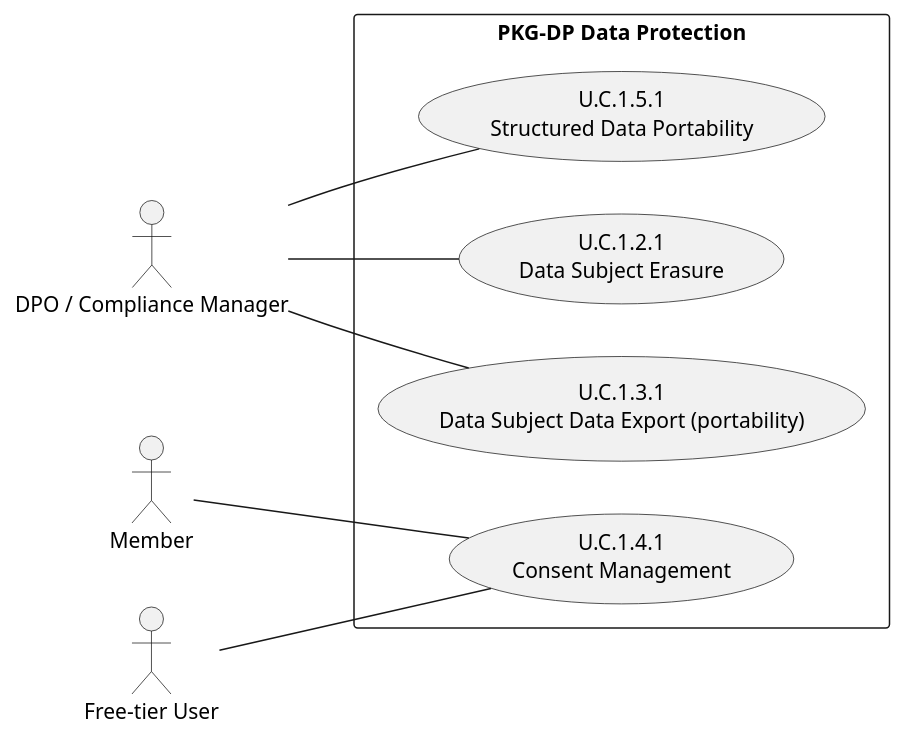
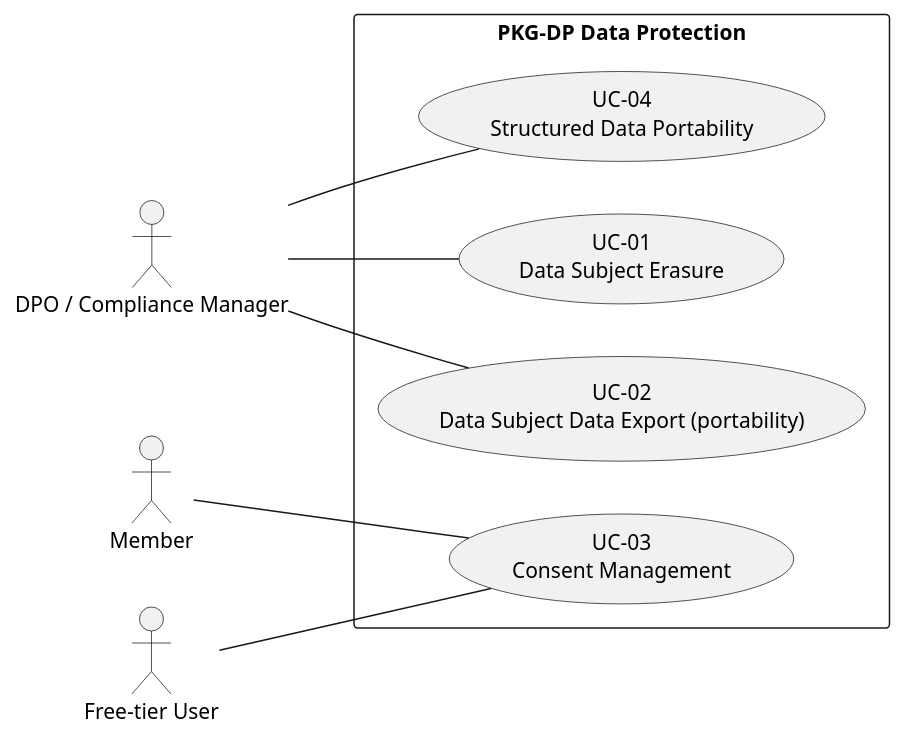
The seventh of 11 diagrams in 02_CASES/Case_01_TinyTask_SaaS/03_PHASE3_DECOMPOSITION_RICH/annexes/A_Use_Case_Diagrams.md (pauloribeiro16/Methodology_compact), drawn with PlantUML before and after one commit. The commit also changed other lines of this file and 34 other files, not shown here.

Commit message:
[EXECUTOR] F2 RENUMBER Case_01: U.C.x.y.z flattened → UC-01..40 (compliance 01..17 + product 18..40), two-phase, 20 files, xlsx+builder regenerated, 11 SVGs re-rendered; gates PASS (verify_rich 0, audit 100%, mermaid 192/192, smoke 16/16)

````diff
--- a/02_CASES/Case_01_TinyTask_SaaS/03_PHASE3_DECOMPOSITION_RICH/annexes/A_Use_Case_Diagrams.md
+++ b/02_CASES/Case_01_TinyTask_SaaS/03_PHASE3_DECOMPOSITION_RICH/annexes/A_Use_Case_Diagrams.md
@@ -258,19 +260,19 @@
 ```plantuml
 @startuml
 left to right direction
 actor "DPO / Compliance Manager" as DPO
 actor "Member" as MEM
 actor "Free-tier User" as FU
 rectangle "PKG-DP Data Protection" {
-usecase "U.C.1.2.1\nData Subject Erasure" as UC121
-usecase "U.C.1.3.1\nData Subject Data Export (portability)" as UC131
-usecase "U.C.1.4.1\nConsent Management" as UC141
-usecase "U.C.1.5.1\nStructured Data Portability" as UC151
+usecase "UC-01\nData Subject Erasure" as UC121
+usecase "UC-02\nData Subject Data Export (portability)" as UC131
+usecase "UC-03\nConsent Management" as UC141
+usecase "UC-04\nStructured Data Portability" as UC151
 }
 DPO -- UC121
 DPO -- UC131
 DPO -- UC151
 MEM -- UC141
 FU -- UC141
 @enduml
 ```
````
